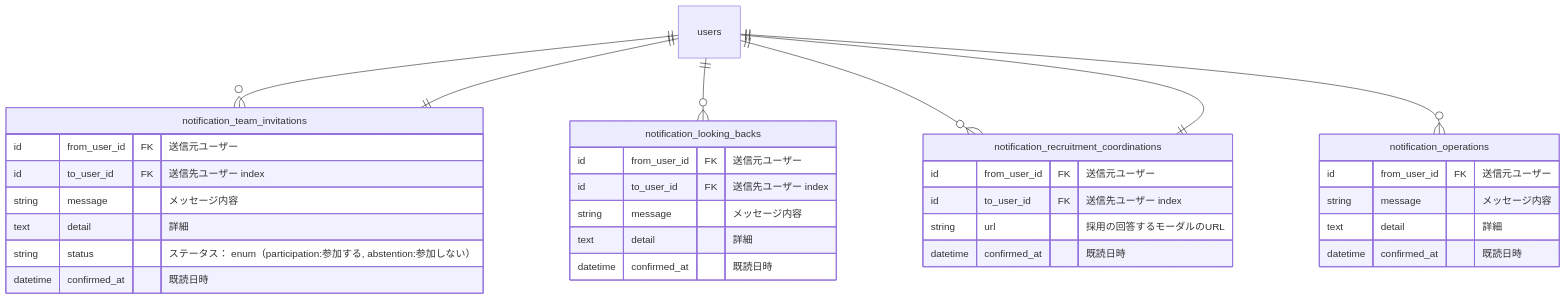
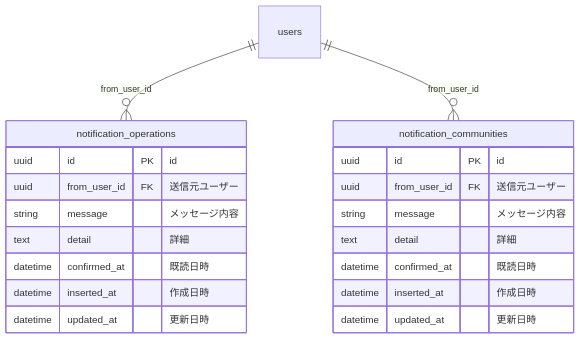
One commit to bright-org/bright changed the fourth of 4 diagrams in docs/conceptual_schemas/notifications.md. Above: the diagram before and after it, drawn with Mermaid. The commit also changed other lines of this file, not shown here.

````diff
--- a/docs/conceptual_schemas/notifications.md
+++ b/docs/conceptual_schemas/notifications.md
@@ -39,44 +73,26 @@
 ```mermaid
 erDiagram
-  "users" ||--o{ "notification_team_invitations" : ""
-  "notification_team_invitations" ||--|| "users" : ""
+  "users" ||--o{ "notification_operations" : "from_user_id"
 
-  "users" ||--o{ "notification_looking_backs" : ""
-
-  "users" ||--o{ "notification_recruitment_coordinations" : ""
-  "notification_recruitment_coordinations" ||--|| "users" : ""
-
-  "users" ||--o{ "notification_operations" : ""
-
-  notification_team_invitations {
-    id from_user_id	FK "送信元ユーザー"
-    id to_user_id	FK "送信先ユーザー index"
-    string message	"メッセージ内容"
-    text detail	"詳細"
-    string status "ステータス： enum（participation:参加する, abstention:参加しない）"
-    datetime confirmed_at "既読日時"
-  }
-
-  notification_looking_backs {
-    id from_user_id	FK "送信元ユーザー"
-    id to_user_id	FK "送信先ユーザー index"
+  notification_operations {
+    uuid id PK "id"
+    uuid from_user_id	FK "送信元ユーザー"
     string message	"メッセージ内容"
     text detail	"詳細"
     datetime confirmed_at "既読日時"
+    datetime inserted_at "作成日時"
+    datetime updated_at "更新日時"
   }
 
-  notification_recruitment_coordinations {
-    id from_user_id	FK "送信元ユーザー"
-    id to_user_id	FK "送信先ユーザー index"
-    string url	"採用の回答するモーダルのURL"
-    datetime confirmed_at "既読日時"
-  }
+  "users" ||--o{ "notification_communities" : "from_user_id"
 
-  notification_operations {
-    id from_user_id	FK "送信元ユーザー"
+  notification_communities {
+    uuid id PK "id"
+    uuid from_user_id	FK "送信元ユーザー"
     string message	"メッセージ内容"
     text detail	"詳細"
     datetime confirmed_at "既読日時"
+    datetime inserted_at "作成日時"
+    datetime updated_at "更新日時"
   }
-
 ```
````
